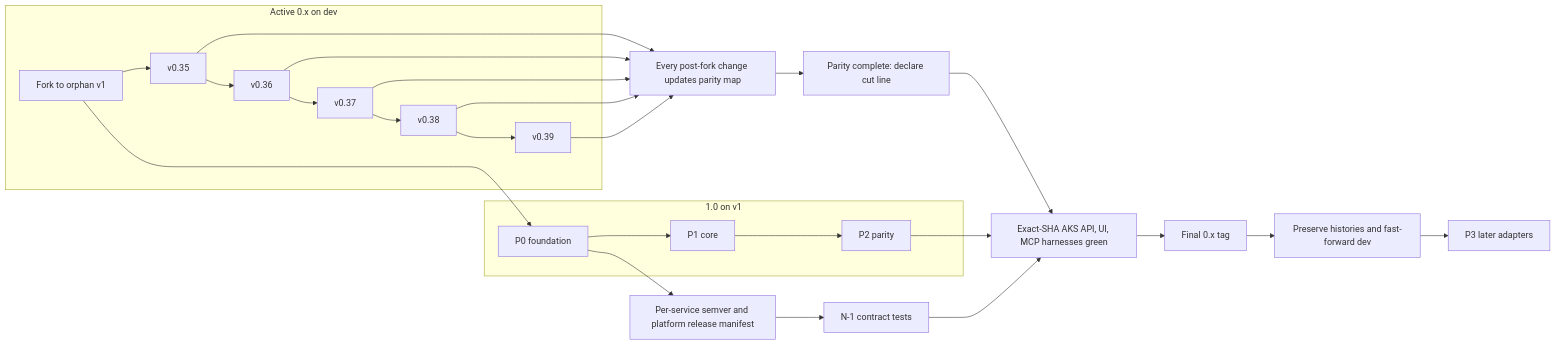
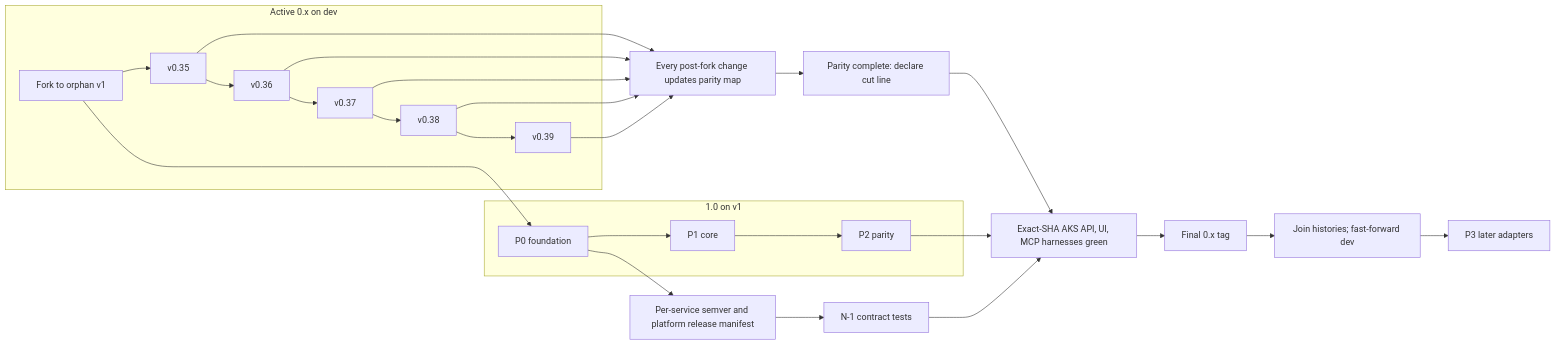
One commit to sabbour/agentweaver changed the third of 3 diagrams in docs/architecture/decisions/0001-platform-architecture.md. Above: the diagram before and after it, drawn with Mermaid. The commit also changed other lines of this file and 1 other file, not shown here.

First line of the commit message:
docs(architecture): remove cutover merge-order notes (#2297)

````diff
--- a/docs/architecture/decisions/0001-platform-architecture.md
+++ b/docs/architecture/decisions/0001-platform-architecture.md
@@ -272,24 +272,24 @@
 ```mermaid
 flowchart LR
     subgraph Legacy["Active 0.x on dev"]
         Fork["Fork to orphan v1"] --> V35["v0.35"] --> V36["v0.36"] --> V37["v0.37"] --> V38["v0.38"] --> V39["v0.39"]
     end
     subgraph New["1.0 on v1"]
         P0["P0 foundation"] --> P1["P1 core"] --> P2["P2 parity"]
     end
     Fork --> P0
     V35 --> Parity["Every post-fork change updates parity map"]
     V36 --> Parity
     V37 --> Parity
     V38 --> Parity
     V39 --> Parity
     P0 --> Release["Per-service semver and platform release manifest"]
     Release --> Contracts["N-1 contract tests"]
     Parity --> CutLine["Parity complete: declare cut line"]
     CutLine --> Gate["Exact-SHA AKS API, UI, MCP harnesses green"]
     P2 --> Gate
     Contracts --> Gate
     Gate --> Tag["Final 0.x tag"]
-    Tag --> Cutover["Preserve histories and fast-forward dev"]
+    Tag --> Cutover["Join histories; fast-forward dev"]
     Cutover --> P3["P3 later adapters"]
 ```
````
